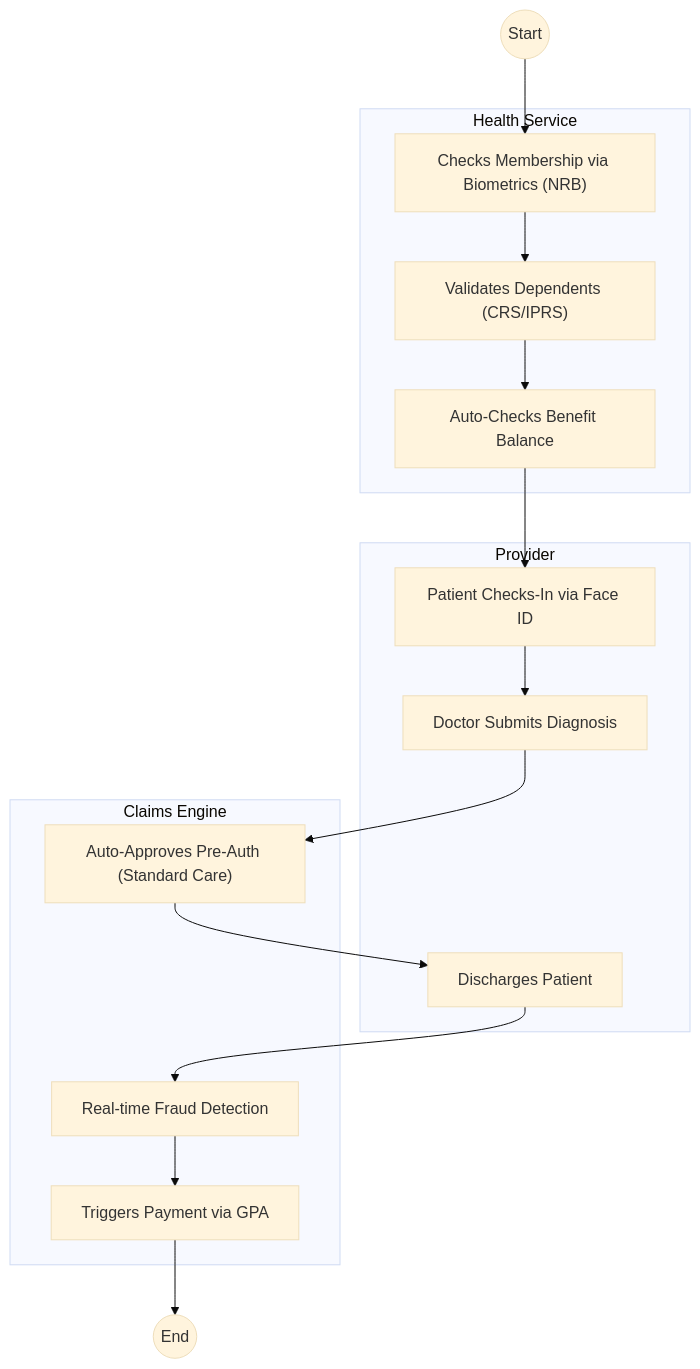
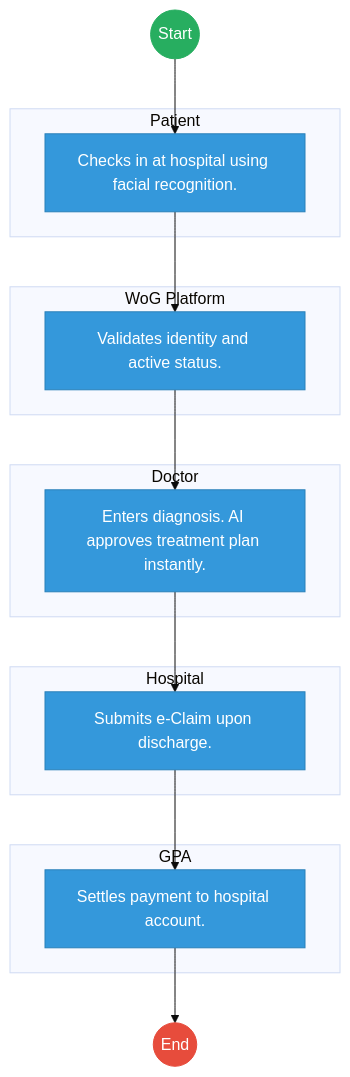
Before and after one commit to BITZ-IT-Consulting-LTD/ictapoc: the second of 2 diagrams in mdas/docs_final/National_Health_Insurance_Fund___Service_Delivery.md, drawn with Mermaid (base theme). The commit also changed other lines of this file and 461 other files, not shown here.

````diff
--- a/mdas/docs_final/National_Health_Insurance_Fund___Service_Delivery.md
+++ b/mdas/docs_final/National_Health_Insurance_Fund___Service_Delivery.md
@@ -131,29 +124,38 @@
 ```mermaid
 graph TD
     Start((Start)) --> S1
-    subgraph WoG_Platform [Health Service]
-        S1["Checks Membership via Biometrics (NRB)"]
-        S2["Validates Dependents (CRS/IPRS)"]
-        S3["Auto-Checks Benefit Balance"]
+
+    subgraph Patient [Patient]
+        S1["Checks in at hospital using facial recognition."]
     end
-    subgraph Hospital [Provider]
-        S4["Patient Checks-In via Face ID"]
-        S5["Doctor Submits Diagnosis"]
-        S6["Discharges Patient"]
+
+    subgraph WoG_Platform [WoG Platform]
+        S2["Validates identity and active status."]
     end
-    subgraph SHA_AI [Claims Engine]
-        S7["Auto-Approves Pre-Auth (Standard Care)"]
-        S8["Real-time Fraud Detection"]
-        S9["Triggers Payment via GPA"]
+
+    subgraph Doctor [Doctor]
+        S3["Enters diagnosis. AI approves treatment plan instantly."]
     end
-    
+
+    subgraph Hospital [Hospital]
+        S4["Submits e-Claim upon discharge."]
+    end
+
+    subgraph GPA [GPA]
+        S5["Settles payment to hospital account."]
+    end
     S1 --> S2
     S2 --> S3
     S3 --> S4
     S4 --> S5
-    S5 --> S7
-    S7 --> S6
-    S6 --> S8
-    S8 --> S9
-    S9 --> End((End))
+    S5 --> End((End))
+
+    classDef start fill:#27ae60,stroke:#27ae60,color:#fff;
+    classDef endNode fill:#e74c3c,stroke:#e74c3c,color:#fff;
+    classDef userTask fill:#3498db,stroke:#2980b9,color:#fff;
+    classDef serviceTask fill:#9b59b6,stroke:#8e44ad,color:#fff;
+
+    class Start start;
+    class End endNode;
+    class S1,S2,S3,S4,S5 userTask;
 ```
````
